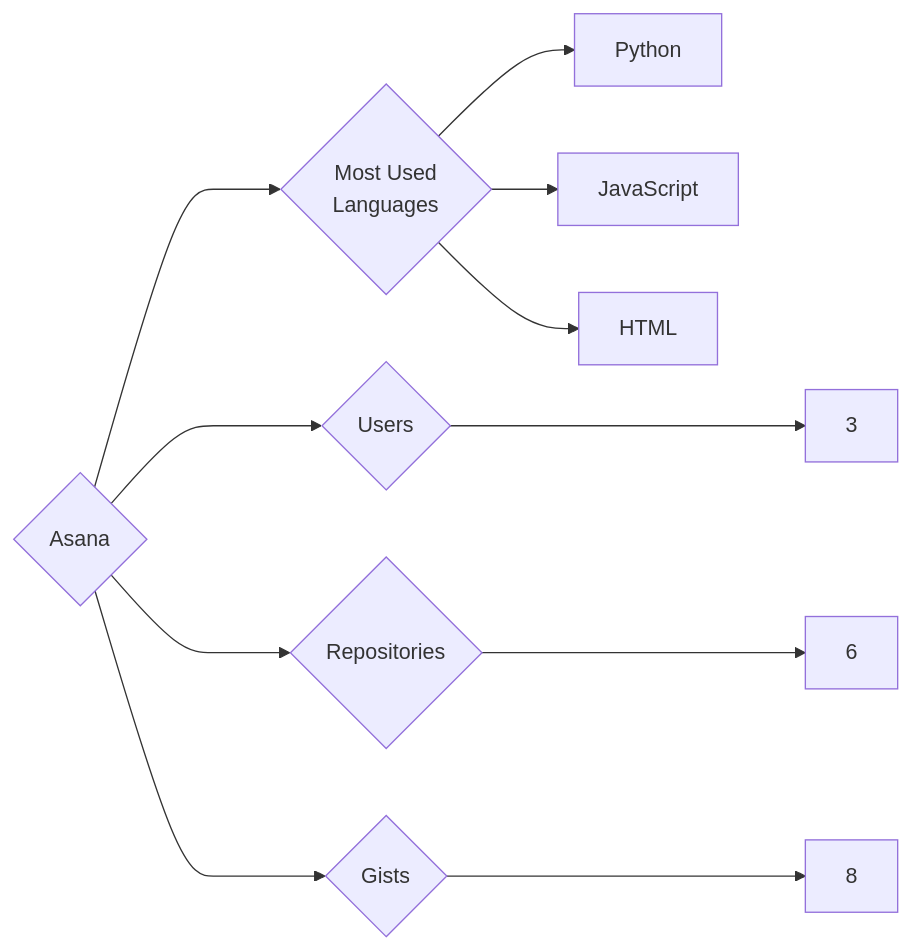
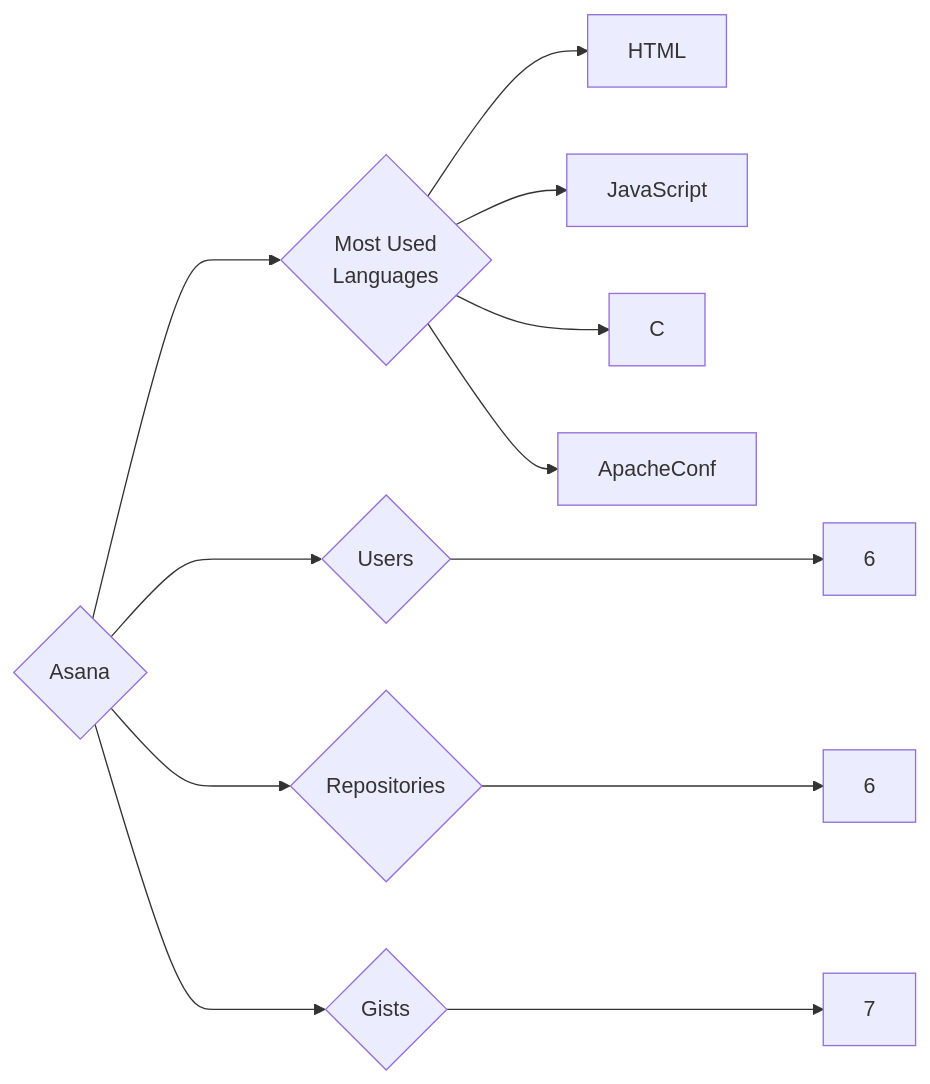
One commit to trickest/insiders changed the diagram in targets/Asana/README.md. Above: the diagram before and after it, drawn with Mermaid. The commit also changed 942 other files, not shown here.

````diff
--- a/targets/Asana/README.md
+++ b/targets/Asana/README.md
@@ -3,11 +3,12 @@
 ```mermaid
 graph LR
 COMPANY_NAME{Asana}
-COMPANY_NAME ---> U{Users} ---> UN[3]
+COMPANY_NAME ---> U{Users} ---> UN[6]
 COMPANY_NAME ---> R{Repositories} ---> RN[6]
-COMPANY_NAME ---> G{Gists} ---> GN[8]
+COMPANY_NAME ---> G{Gists} ---> GN[7]
 COMPANY_NAME ---> ML{Most Used<br>Languages}
-ML --> Python[Python]
+ML --> HTML[HTML]
 ML --> JavaScript[JavaScript]
-ML --> HTML[HTML]
+ML --> C[C]
+ML --> ApacheConf[ApacheConf]
 ```
````
